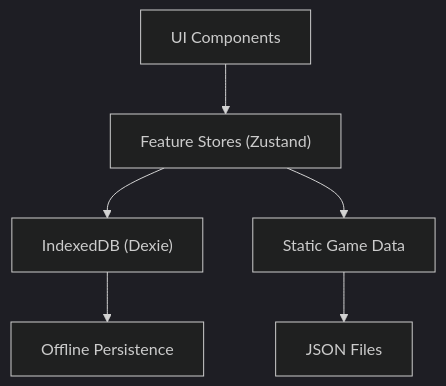
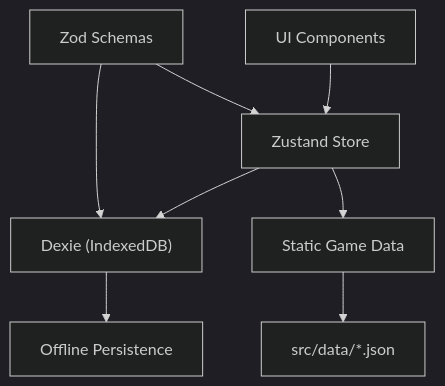
One commit to Sinimus/jotl-companion changed the second of 2 diagrams in BLUEPRINT.md. Above: the diagram before and after it, drawn with Mermaid (dark theme). The commit also changed other lines of this file and 1 other file, not shown here.

````diff
--- a/BLUEPRINT.md
+++ b/BLUEPRINT.md
@@ -121,8 +189,10 @@
 ```mermaid
 flowchart TD
-    A["UI Components"] --> B["Feature Stores (Zustand)"]
-    B --> C["IndexedDB (Dexie)"]
+    A["UI Components"] --> B["Zustand Store"]
+    B --> C["Dexie (IndexedDB)"]
     B --> D["Static Game Data"]
-    D --> E["JSON Files"]
+    D --> E["src/data/*.json"]
     C --> F["Offline Persistence"]
+    G["Zod Schemas"] --> B
+    G --> C
 ```
````
